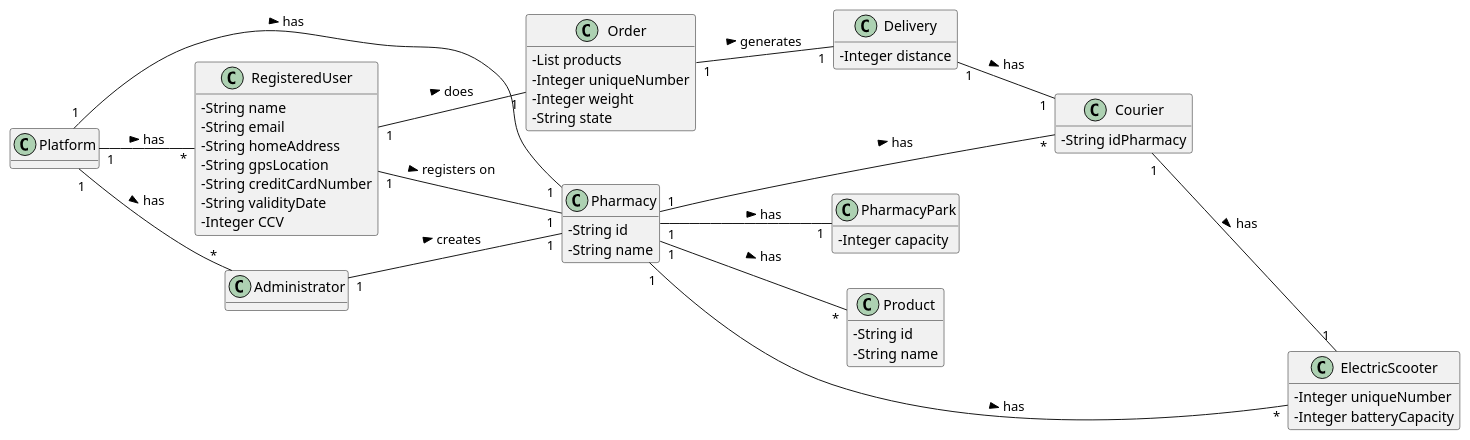
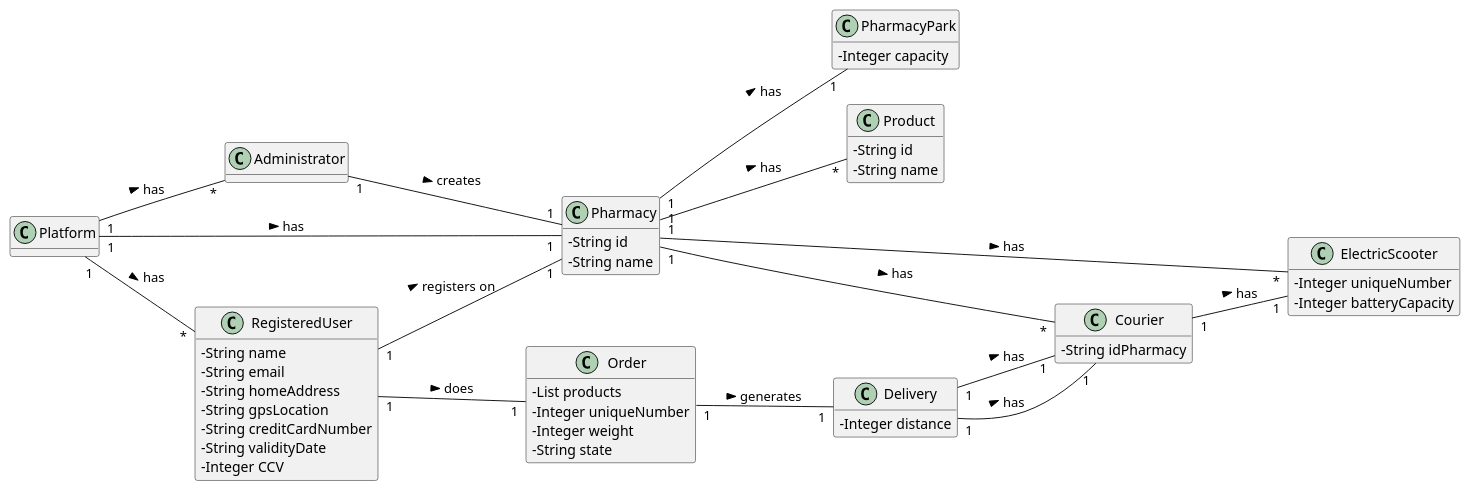
Before and after one commit to 1191259/ProjetoLapr3: the diagram in docs/Sprint1/Sprint1_MD.puml, drawn with PlantUML.

Commit message:
atualização delivery - courier

```diff
--- a/docs/Sprint1/Sprint1_MD.puml
+++ b/docs/Sprint1/Sprint1_MD.puml
@@ -1,89 +1,89 @@
 @startuml
 skinparam classAttributeIconSize 0
 hide methods
 left to right direction
 
 class Platform {
 
 }
 
 
 class Administrator {
 
 }
 
 class Courier {
   -String idPharmacy
 }
 
 class ElectricScooter {
   -Integer uniqueNumber
   -Integer batteryCapacity
 
 }
 
 class Pharmacy {
   -String id
   -String name
 }
 
 class PharmacyPark {
   -Integer capacity
 
 }
 
 class RegisteredUser {
   -String name
   -String email
   -String homeAddress
   -String gpsLocation
   -String creditCardNumber
   -String validityDate
   -Integer CCV
 }
 
 class Product {
   -String id
   -String name
 }
 
 class Order {
     -List products
     -Integer uniqueNumber
     -Integer weight
     -String state
 }
 
 class Delivery {
     -Integer distance
 }
 
 
 Platform "1" -- "*" Administrator : has >
 
 Platform "1" -- "*" RegisteredUser : has >
 
 
 Platform "1" -- "1" Pharmacy : has >
 
 Administrator "1" -- "1" Pharmacy : creates >
 
 RegisteredUser "1" -- "1" Pharmacy : registers on >
 
 RegisteredUser "1" -- "1" Order : does >
 
 Order "1" -- "1" Delivery : generates >
 
 Pharmacy "1" -- "1" PharmacyPark : has >
 
 Pharmacy "1" -- "*" Courier : has >
 
 Pharmacy "1" -- "*" Product : has >
 
 Courier "1" -- "1" ElectricScooter : has >
 
 Pharmacy "1" -- "*" ElectricScooter : has >
 
 Delivery "1" -- "1" Courier : has >
-
+Delivery "1" -- "1" Courier : has >
 @enduml
```
